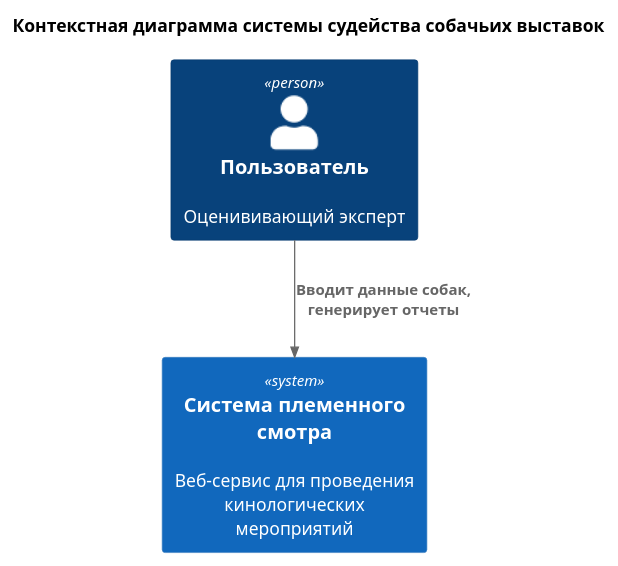
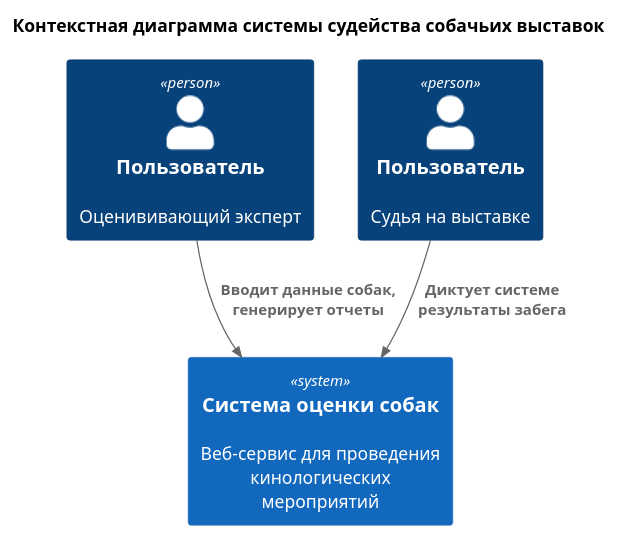
Before and after one commit to Kalzaver/PrivateRepo: the diagram in Schemes/context.puml, drawn with PlantUML. The commit also changed 5 other files, not shown here.

Commit message:
Новые сценарии, схемы, описания

```diff
--- a/Schemes/context.puml
+++ b/Schemes/context.puml
@@ -1,13 +1,14 @@
 @startuml Контекстная диаграмма C4: системы проведения племенного смотра
 
 !include <C4/C4_Context>
 !include <C4/C4_Container>
 
 title Контекстная диаграмма системы судейства собачьих выставок
 Person(user, "Пользователь", "Оценививающий эксперт")
+Person(judge, "Пользователь","Судья на выставке")
 
-System(system, "Система племенного смотра", "Веб-сервис для проведения кинологических мероприятий")
+System(system, "Система оценки собак", "Веб-сервис для проведения кинологических мероприятий")
 
 Rel(user, system, "Вводит данные собак, генерирует отчеты")
-
+Rel(judge, system,"Диктует системе результаты забега")
 @enduml
```
